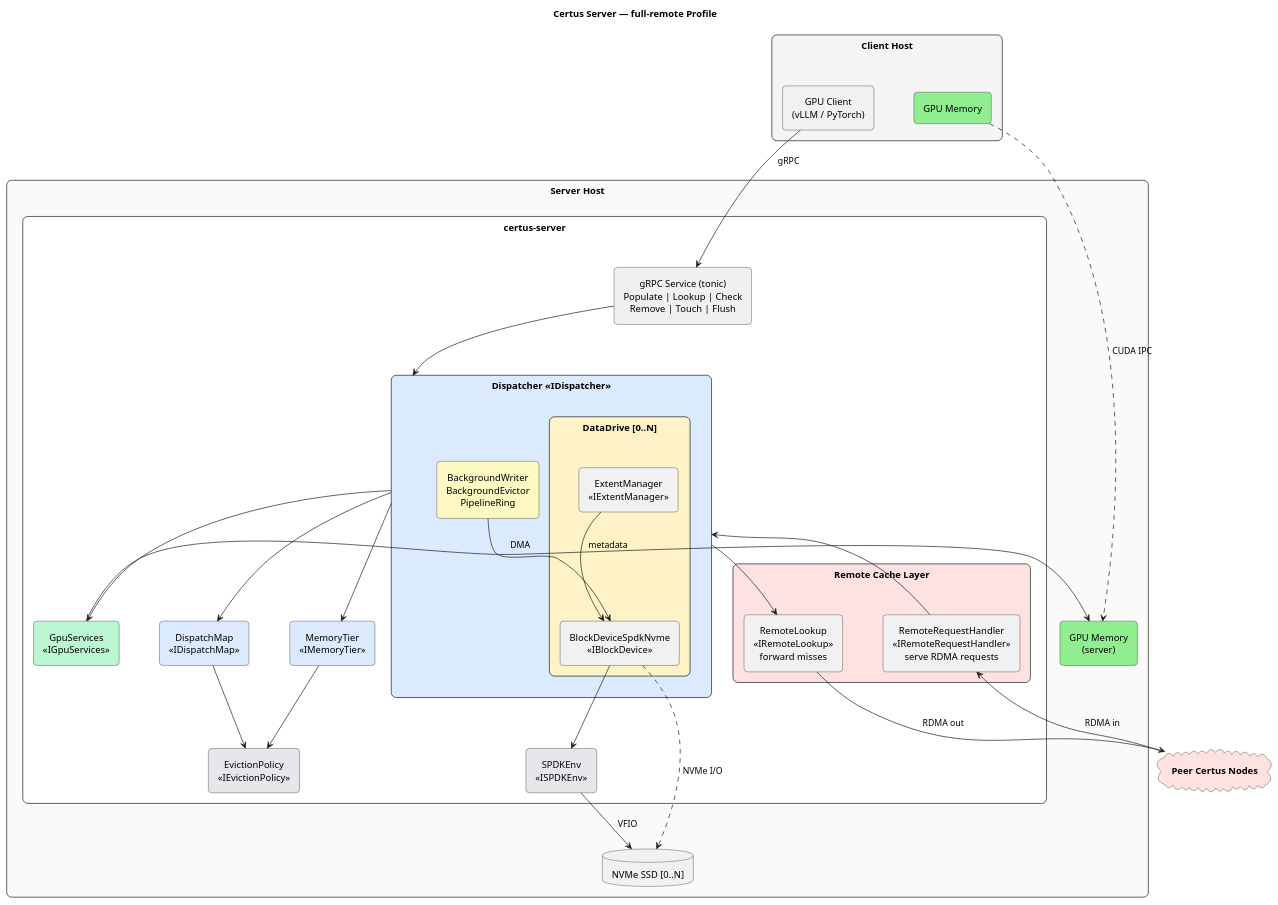
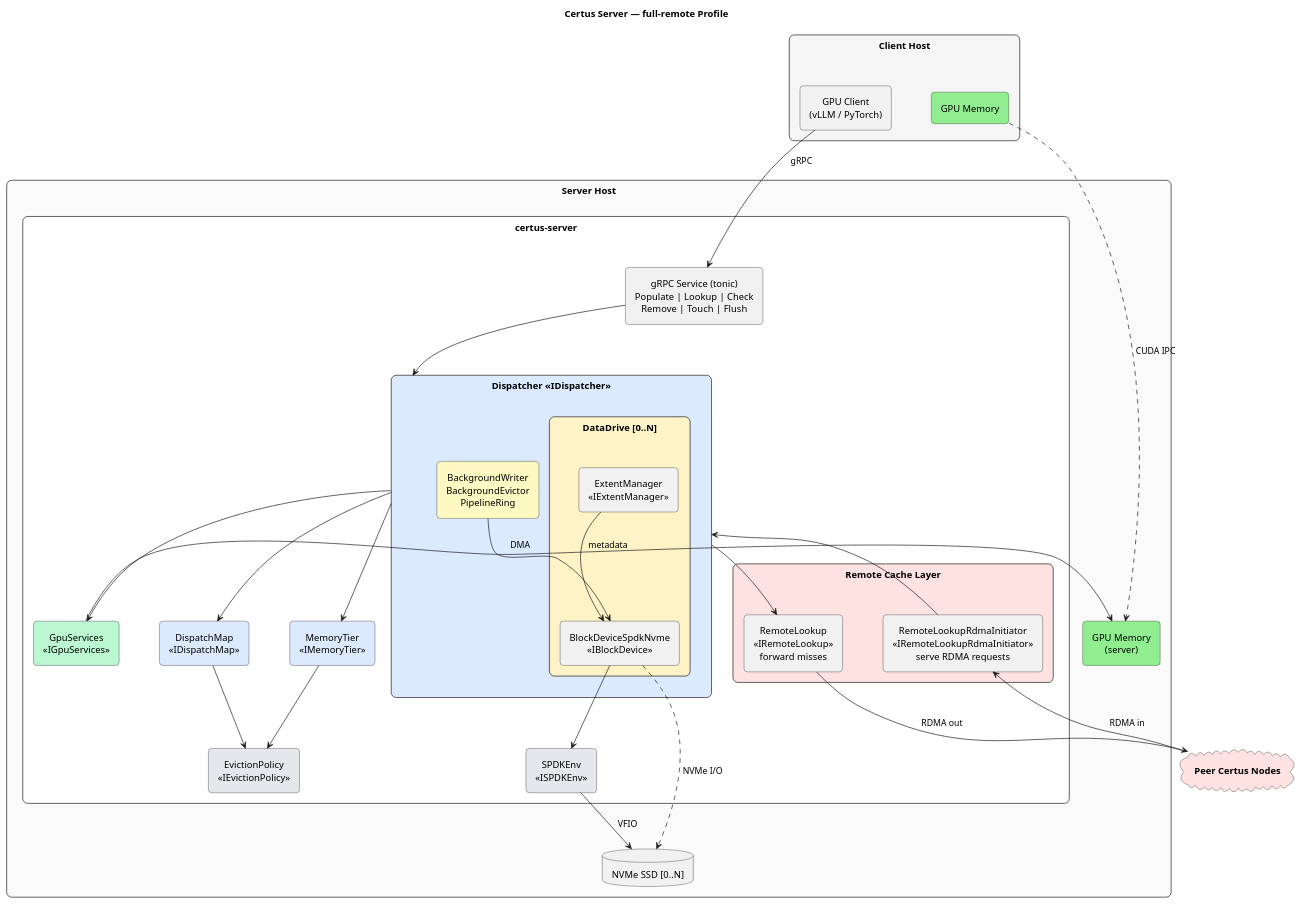
One commit to AI-native-Systems-Research/ai-native-storage-certus changed the diagram in design/profiles/full-remote/certus-server-deployment.puml. Above: the diagram before and after it, drawn with PlantUML. The commit also changed 22 other files, not shown here.

First line of the commit message:
feat(certus-server-yaml): integrate remote-lookup into the full-remote profile

```diff
--- a/design/profiles/full-remote/certus-server-deployment.puml
+++ b/design/profiles/full-remote/certus-server-deployment.puml
@@ -1,90 +1,90 @@
 @startuml
 skinparam defaultTextAlignment center
 skinparam padding 4
 skinparam nodesep 60
 skinparam ranksep 50
 skinparam rectangle {
     RoundCorner 15
 }
 skinparam agent {
     RoundCorner 10
 }
 hide stereotype
 
 title Certus Server — full-remote Profile
 
 ' ============================================================
 ' CLIENT
 ' ============================================================
 rectangle "**Client Host**" as client_box #F5F5F5 {
     agent "GPU Client\n(vLLM / PyTorch)" as pyclient
     agent "GPU Memory" as client_gpu #LightGreen
 }
 
 ' ============================================================
 ' SERVER
 ' ============================================================
 rectangle "**Server Host**" as server_box #FAFAFA {
 
     rectangle "certus-server" as server_proc #White {
 
         agent "gRPC Service (tonic)\nPopulate | Lookup | Check\nRemove | Touch | Flush" as grpc #F0F0F0
 
         rectangle "**Dispatcher** <<IDispatcher>>" as dispatcher #DBEAFE {
             rectangle "DataDrive [0..N]" as data_drive #FEF3C7 {
                 agent "BlockDeviceSpdkNvme\n<<IBlockDevice>>" as blkdev
                 agent "ExtentManager\n<<IExtentManager>>" as extmgr
             }
             agent "BackgroundWriter\nBackgroundEvictor\nPipelineRing" as disp_bg #FEF9C3
         }
 
         agent "DispatchMap\n<<IDispatchMap>>" as dispatch_map #DBEAFE
         agent "MemoryTier\n<<IMemoryTier>>" as memory_tier #DBEAFE
         agent "EvictionPolicy\n<<IEvictionPolicy>>" as eviction #E5E7EB
         agent "GpuServices\n<<IGpuServices>>" as gpu_svc #BBF7D0
         agent "SPDKEnv\n<<ISPDKEnv>>" as spdk_env #E5E7EB
 
         rectangle "**Remote Cache Layer**" as remote_box #FEE2E2 {
             agent "RemoteLookup\n<<IRemoteLookup>>\nforward misses" as remote_lookup
-            agent "RemoteRequestHandler\n<<IRemoteRequestHandler>>\nserve RDMA requests" as remote_handler
+            agent "RemoteLookupRdmaInitiator\n<<IRemoteLookupRdmaInitiator>>\nserve RDMA requests" as remote_handler
         }
     }
 
     agent "GPU Memory\n(server)" as server_gpu #LightGreen
     database "NVMe SSD [0..N]" as nvme_data
 }
 
 cloud "**Peer Certus Nodes**" as peers #FEE2E2
 
 ' ============================================================
 ' CONNECTIONS
 ' ============================================================
 
 pyclient -down-> grpc : gRPC
 client_gpu .down.> server_gpu : CUDA IPC
 
 grpc -down-> dispatcher
 
 dispatcher -down-> dispatch_map
 dispatcher -down-> memory_tier
 dispatcher -down-> gpu_svc
 dispatcher -right-> remote_lookup
 
 dispatch_map -down-> eviction
 memory_tier -down-> eviction
 
 disp_bg --> blkdev
 blkdev -down-> spdk_env
 extmgr --> blkdev : metadata
 
 remote_handler -up-> dispatcher
 
 gpu_svc -right-> server_gpu : DMA
 
 spdk_env -down-> nvme_data : VFIO
 blkdev .down.> nvme_data : NVMe I/O
 
 remote_lookup -down-> peers : RDMA out
 peers -up-> remote_handler : RDMA in
 
 @enduml
```
